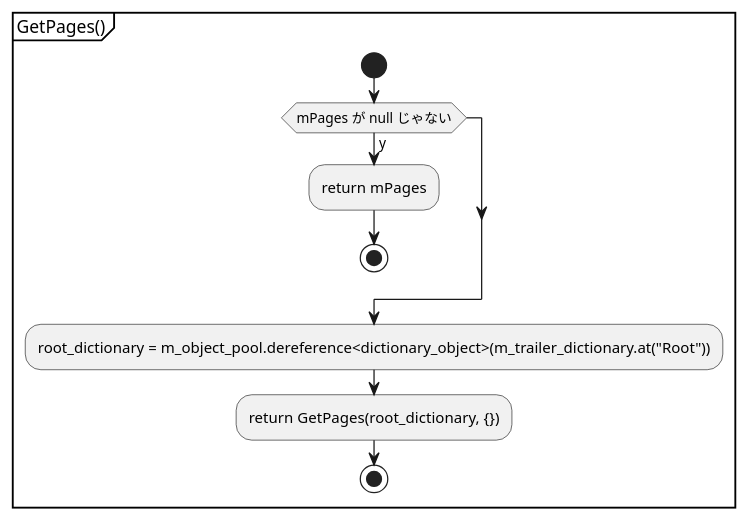
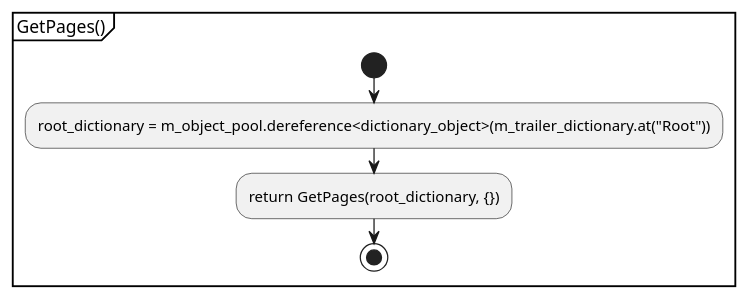
One commit to KodaiYM/PDFReader changed the second of 3 diagrams in document/document_parser.activity.pu. Above: the diagram before and after it, drawn with PlantUML. The commit also changed other lines of this file and 14 other files, not shown here.

```diff
--- a/document/document_parser.activity.pu
+++ b/document/document_parser.activity.pu
@@ -11,13 +11,8 @@
 @startuml GetPages
 partition "GetPages()" {
 start
-	if (mPages が null じゃない) then (y)
-		:return mPages;
-		stop
-	endif
-
 	:root_dictionary = m_object_pool.dereference<dictionary_object>(m_trailer_dictionary.at("Root"));
 	:return GetPages(root_dictionary, {});
 stop
 }
 @enduml
```
